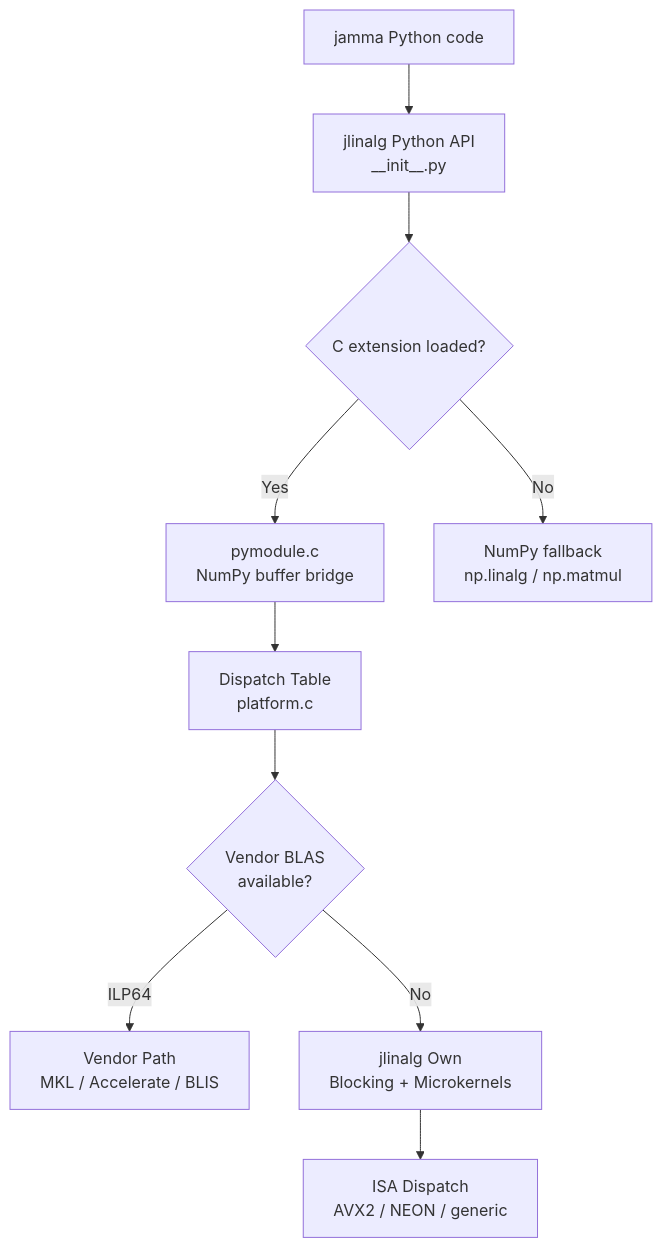
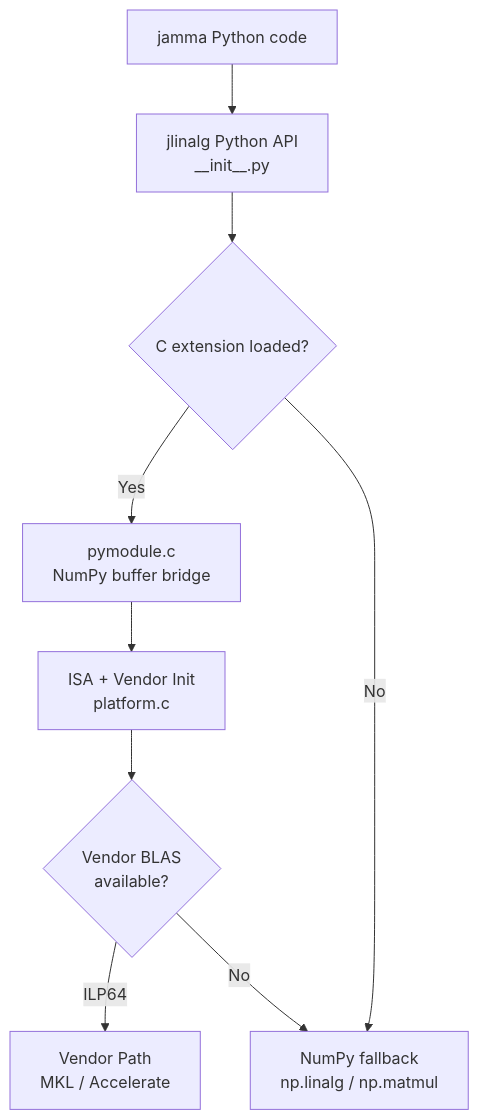
Before and after one commit to michael-denyer/jamma: the first of 2 diagrams in docs/JLINALG_ARCHITECTURE.md, drawn with Mermaid. The commit also changed other lines of this file and 136 other files, not shown here.

First line of the commit message:
refactor: strip JAX and own-BLAS, simplify to NumPy-only architecture

````diff
--- a/docs/JLINALG_ARCHITECTURE.md
+++ b/docs/JLINALG_ARCHITECTURE.md
@@ -9,12 +9,11 @@
 ```mermaid
 graph TD
     A[jamma Python code] --> B["jlinalg Python API<br/>__init__.py"]
     B --> C{C extension loaded?}
     C -->|Yes| D["pymodule.c<br/>NumPy buffer bridge"]
     C -->|No| E["NumPy fallback<br/>np.linalg / np.matmul"]
-    D --> F["Dispatch Table<br/>platform.c"]
+    D --> F["ISA + Vendor Init<br/>platform.c"]
     F --> G{Vendor BLAS<br/>available?}
-    G -->|ILP64| H["Vendor Path<br/>MKL / Accelerate / BLIS"]
-    G -->|No| I["jlinalg Own<br/>Blocking + Microkernels"]
-    I --> J["ISA Dispatch<br/>AVX2 / NEON / generic"]
+    G -->|ILP64| H["Vendor Path<br/>MKL / Accelerate"]
+    G -->|No| E
 ```
````
